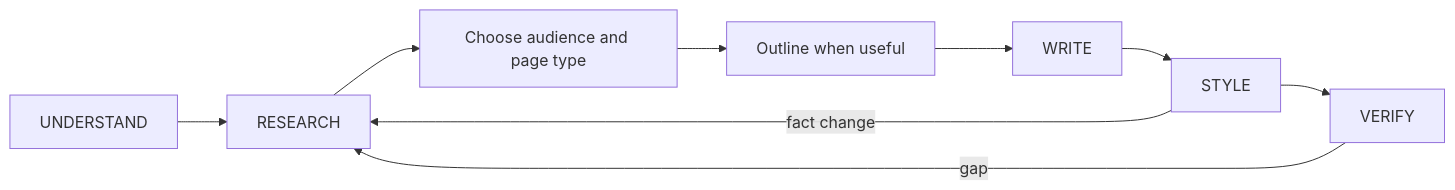
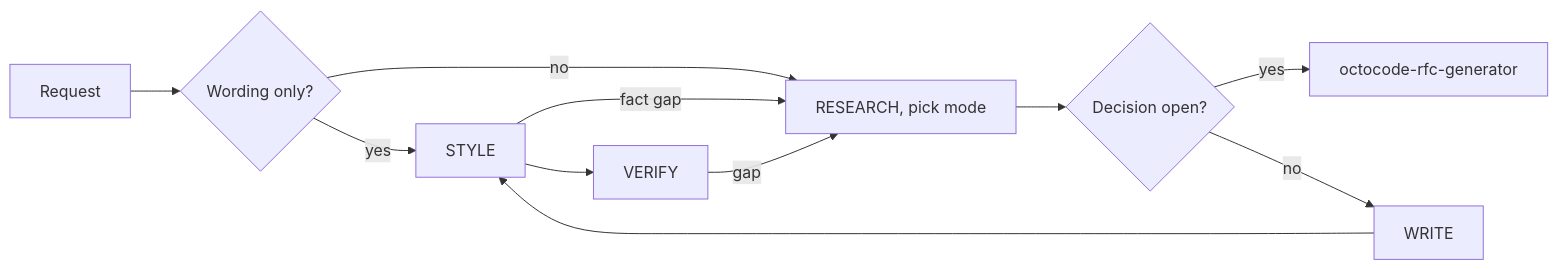
Before and after one commit to bgauryy/octocode-mcp: the diagram in skills/octocode-documentation/SKILL.md, drawn with Mermaid. The commit also changed other lines of this file and 980 other files, not shown here.

````diff
--- a/skills/octocode-documentation/SKILL.md
+++ b/skills/octocode-documentation/SKILL.md
@@ -8,7 +10,11 @@
 ```mermaid
 flowchart LR
-  U[UNDERSTAND] --> R[RESEARCH] --> C[Choose audience and page type] --> G[Outline when useful]
-  G --> W[WRITE] --> S[STYLE] --> V[VERIFY]
-  S -->|fact change| R
-  V -->|gap| R
+  A[Request] --> M{Wording only?}
+  M -- yes --> S[STYLE]
+  M -- no --> R[RESEARCH, pick mode]
+  R --> D{Decision open?}
+  D -- yes --> RFC[octocode-rfc-generator]
+  D -- no --> W[WRITE] --> S --> V[VERIFY]
+  S -- fact gap --> R
+  V -- gap --> R
 ```
````
